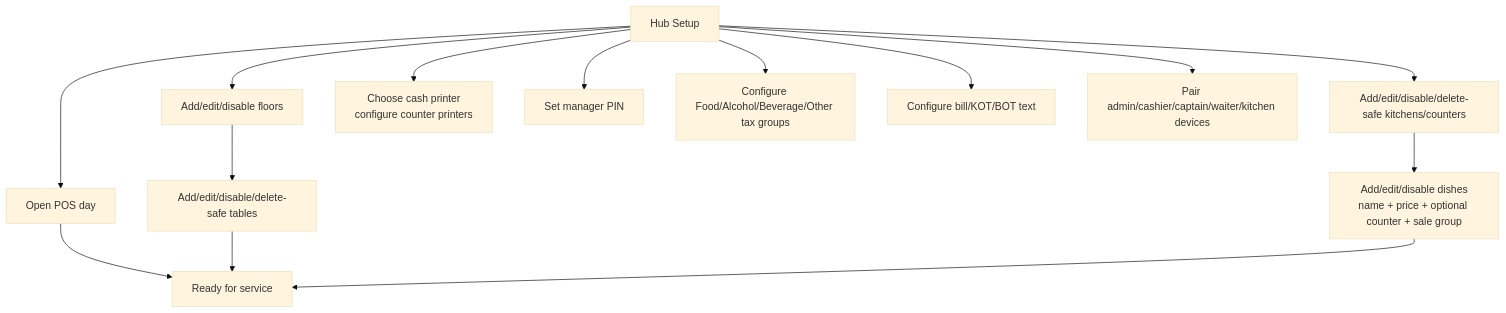
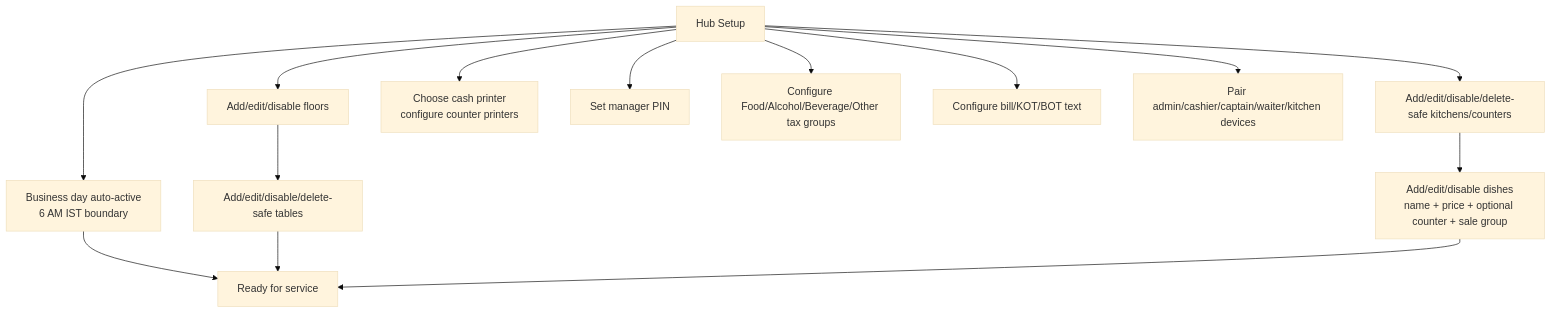
The sixth of 17 diagrams in flowchart.md (shubham909090/Open-POS), drawn with Mermaid (base theme) before and after one commit. The commit also changed other lines of this file and 37 other files, not shown here.

Commit message:
Refactor Convex agent workflows and update UI flows

````diff
--- a/flowchart.md
+++ b/flowchart.md
@@ -195,27 +193,27 @@
 ```mermaid
 flowchart TD
   Setup["Hub Setup"]
-  POSDay["Open POS day"]
+  BusinessDay["Business day auto-active<br/>6 AM IST boundary"]
   Floors["Add/edit/disable floors"]
   Tables["Add/edit/disable/delete-safe tables"]
   Counters["Add/edit/disable/delete-safe kitchens/counters"]
   Dishes["Add/edit/disable dishes<br/>name + price + optional counter + sale group"]
   Printers["Choose cash printer<br/>configure counter printers"]
   ManagerPin["Set manager PIN"]
   SaleGroups["Configure Food/Alcohol/Beverage/Other tax groups"]
   PrintText["Configure bill/KOT/BOT text"]
   PairDevices["Pair admin/cashier/captain/waiter/kitchen devices"]
   Ready["Ready for service"]
 
-  Setup --> POSDay
+  Setup --> BusinessDay
   Setup --> Floors --> Tables
   Setup --> Counters --> Dishes
   Setup --> Printers
   Setup --> ManagerPin
   Setup --> SaleGroups
   Setup --> PrintText
   Setup --> PairDevices
-  POSDay --> Ready
+  BusinessDay --> Ready
   Tables --> Ready
   Dishes --> Ready
 ```
````
